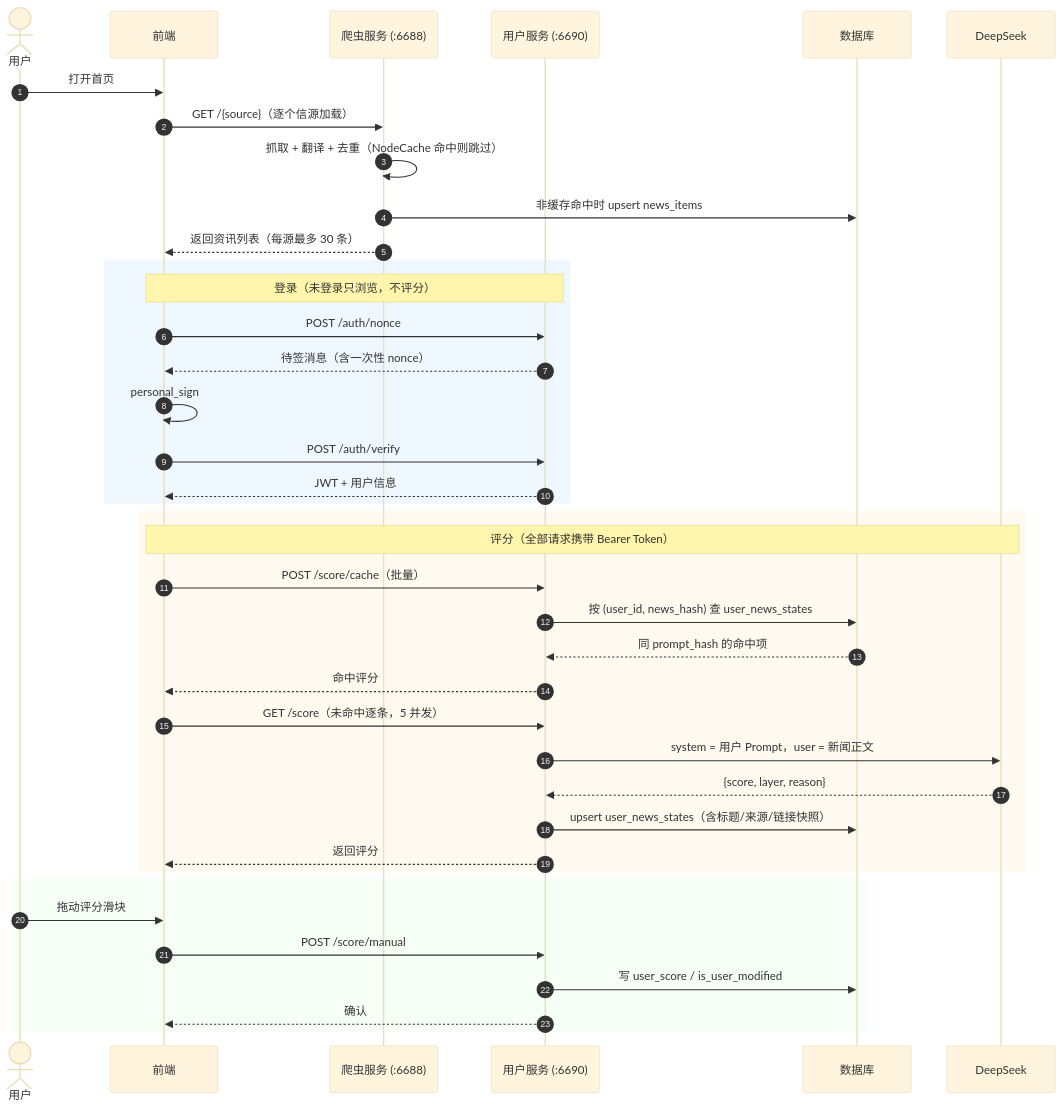
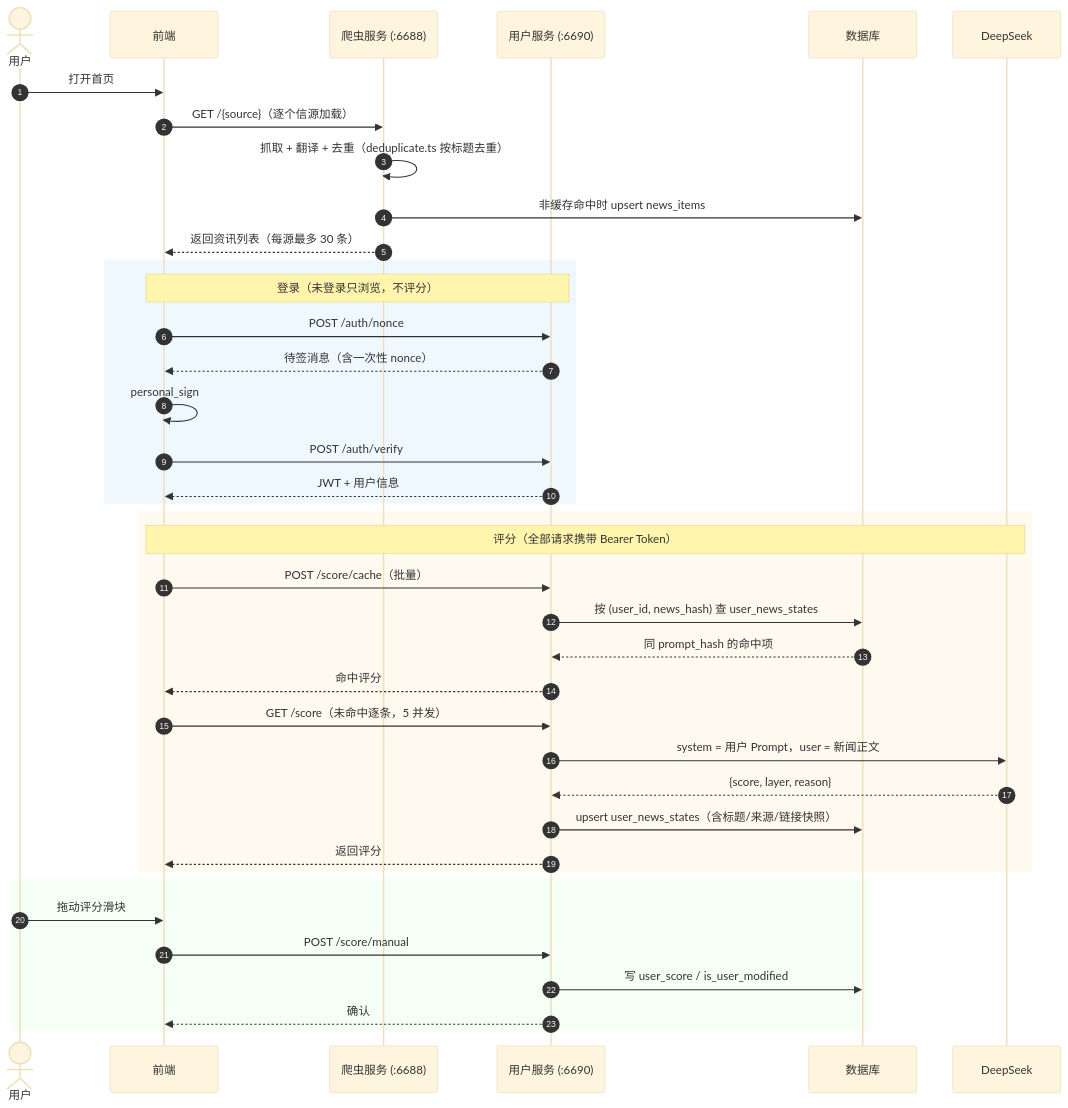
Before and after one commit to g39088902/dailyforyou: the second of 2 diagrams in frontend/AGENTS.md, drawn with Mermaid (base theme). The commit also changed other lines of this file and 97 other files, not shown here.

First line of the commit message:
refactor: remove node-cache, unify source registry & sync logos, optimize stream views

````diff
--- a/frontend/AGENTS.md
+++ b/frontend/AGENTS.md
@@ -107,45 +106,45 @@
 ```mermaid
 sequenceDiagram
     autonumber
     actor User as 用户
     participant Front as 前端
     participant Crawler as 爬虫服务 (:6688)
     participant UserSvc as 用户服务 (:6690)
     participant DB as 数据库
     participant LLM as DeepSeek
 
     User->>Front: 打开首页
     Front->>Crawler: GET /{source}（逐个信源加载）
-    Crawler->>Crawler: 抓取 + 翻译 + 去重（NodeCache 命中则跳过）
+    Crawler->>Crawler: 抓取 + 翻译 + 去重（deduplicate.ts 按标题去重）
     Crawler->>DB: 非缓存命中时 upsert news_items
     Crawler-->>Front: 返回资讯列表（每源最多 30 条）
 
     rect rgb(240, 248, 255)
     Note over Front,UserSvc: 登录（未登录只浏览，不评分）
     Front->>UserSvc: POST /auth/nonce
     UserSvc-->>Front: 待签消息（含一次性 nonce）
     Front->>Front: personal_sign
     Front->>UserSvc: POST /auth/verify
     UserSvc-->>Front: JWT + 用户信息
     end
 
     rect rgb(255, 250, 240)
     Note over Front,LLM: 评分（全部请求携带 Bearer Token）
     Front->>UserSvc: POST /score/cache（批量）
     UserSvc->>DB: 按 (user_id, news_hash) 查 user_news_states
     DB-->>UserSvc: 同 prompt_hash 的命中项
     UserSvc-->>Front: 命中评分
     Front->>UserSvc: GET /score（未命中逐条，5 并发）
     UserSvc->>LLM: system = 用户 Prompt，user = 新闻正文
     LLM-->>UserSvc: {score, layer, reason}
     UserSvc->>DB: upsert user_news_states（含标题/来源/链接快照）
     UserSvc-->>Front: 返回评分
     end
 
     rect rgb(245, 255, 245)
     User->>Front: 拖动评分滑块
     Front->>UserSvc: POST /score/manual
     UserSvc->>DB: 写 user_score / is_user_modified
     UserSvc-->>Front: 确认
     end
 ```
````
